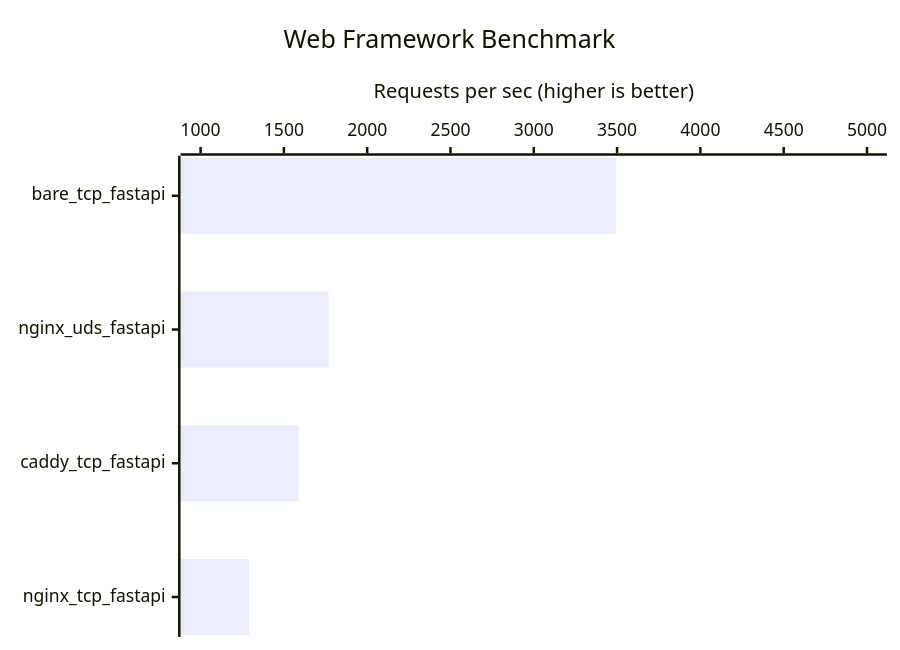
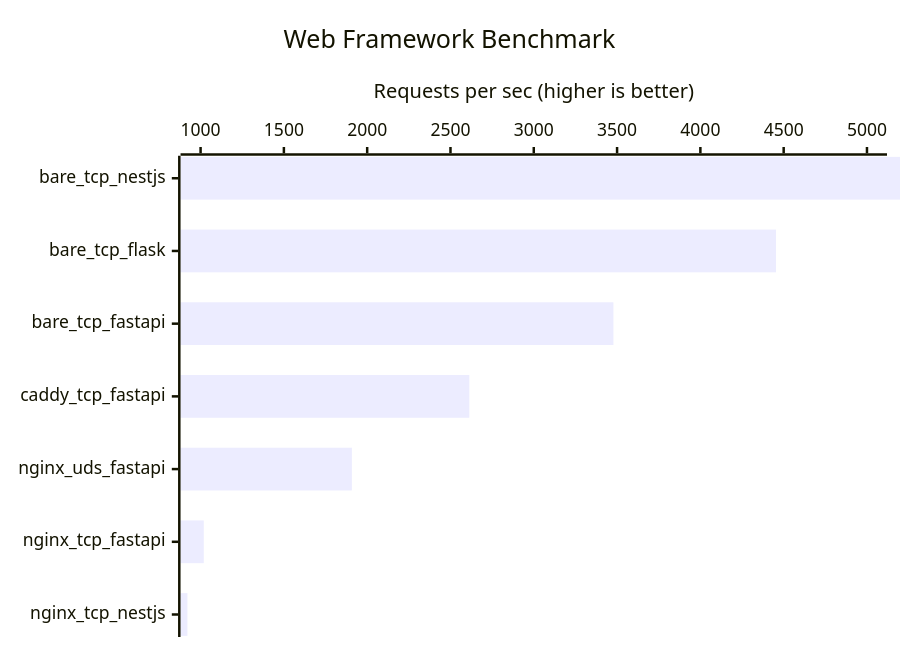
The diagram in README.md (gsy0911/zenn-web-framework-comparison), drawn with Mermaid before and after one commit. The commit also changed other lines of this file and 4 other files, not shown here.

````diff
--- a/README.md
+++ b/README.md
@@ -7,7 +7,7 @@
 ```mermaid
 xychart-beta horizontal
     title "Web Framework Benchmark"
-    x-axis [bare_tcp_fastapi, nginx_uds_fastapi, caddy_tcp_fastapi, nginx_tcp_fastapi]
+    x-axis [bare_tcp_nestjs, bare_tcp_flask, bare_tcp_fastapi, caddy_tcp_fastapi, nginx_uds_fastapi, nginx_tcp_fastapi, nginx_tcp_nestjs]
     y-axis "Requests per sec (higher is better)" 1000 --> 5000
-    bar [3494, 1768, 1589, 1291]
+    bar [8511, 4454, 3478, 2613, 1908, 1019, 921]
 ```
````
